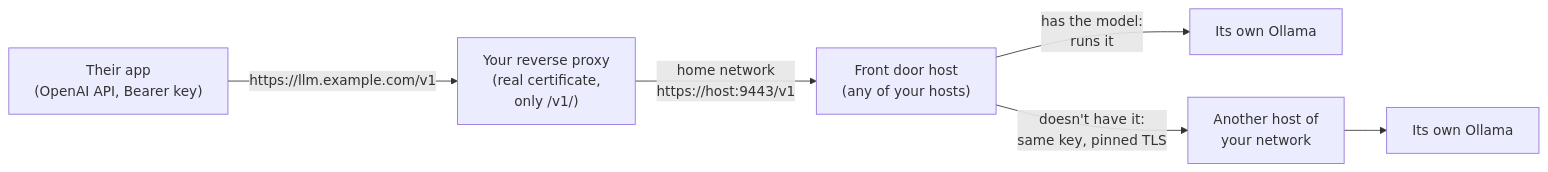
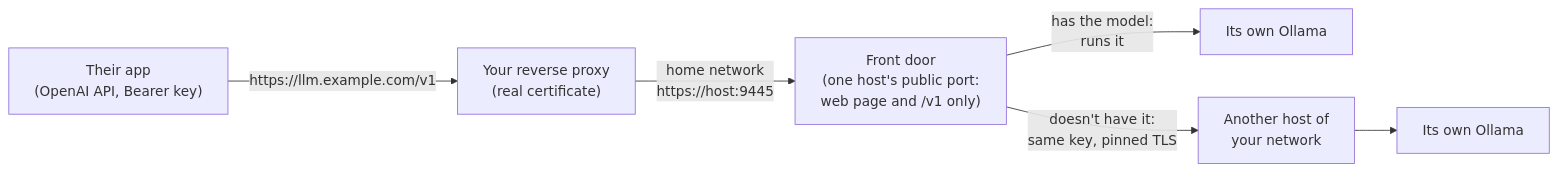
One commit to throndir2/Martlet changed the diagram in docs/OPENAI_ENDPOINT.md. Above: the diagram before and after it, drawn with Mermaid. The commit also changed other lines of this file and 32 other files, not shown here.

First line of the commit message:
Front door: a host's public port for the OpenAI-compatible API and a web page

````diff
--- a/docs/OPENAI_ENDPOINT.md
+++ b/docs/OPENAI_ENDPOINT.md
@@ -25,8 +25,8 @@
 ```mermaid
 flowchart LR
-    App["Their app<br/>(OpenAI API, Bearer key)"] -->|"https://llm.example.com/v1"| Proxy["Your reverse proxy<br/>(real certificate,<br/>only /v1/)"]
-    Proxy -->|"home network<br/>https://host:9443/v1"| Front["Front door host<br/>(any of your hosts)"]
+    App["Their app<br/>(OpenAI API, Bearer key)"] -->|"https://llm.example.com/v1"| Proxy["Your reverse proxy<br/>(real certificate)"]
+    Proxy -->|"home network<br/>https://host:9445"| Front["Front door<br/>(one host's public port:<br/>web page and /v1 only)"]
     Front -->|"has the model:<br/>runs it"| Ollama1["Its own Ollama"]
     Front -->|"doesn't have it:<br/>same key, pinned TLS"| Other["Another host of<br/>your network"]
     Other --> Ollama2["Its own Ollama"]
 ```
````
